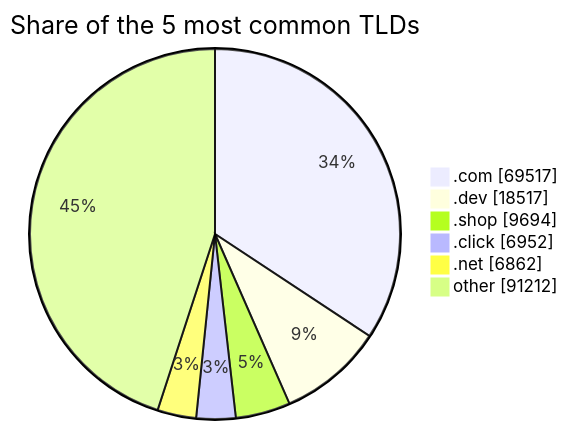
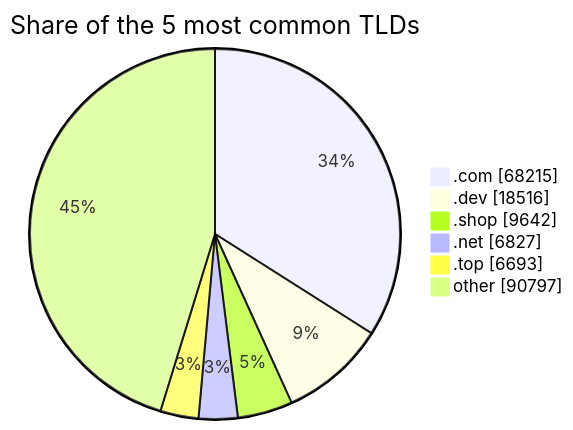
One commit to DNSBunker/CTI changed the third of 3 diagrams in README.md. Above: the diagram before and after it, drawn with Mermaid. The commit also changed other lines of this file and 3 other files, not shown here.

````diff
--- a/README.md
+++ b/README.md
@@ -81,9 +81,9 @@
 ```mermaid
 pie showData title Share of the 5 most common TLDs
-    ".com" : 69517
-    ".dev" : 18517
-    ".shop" : 9694
-    ".click" : 6952
-    ".net" : 6862
-    "other" : 91212
+    ".com" : 68215
+    ".dev" : 18516
+    ".shop" : 9642
+    ".net" : 6827
+    ".top" : 6693
+    "other" : 90797
 ```
````
